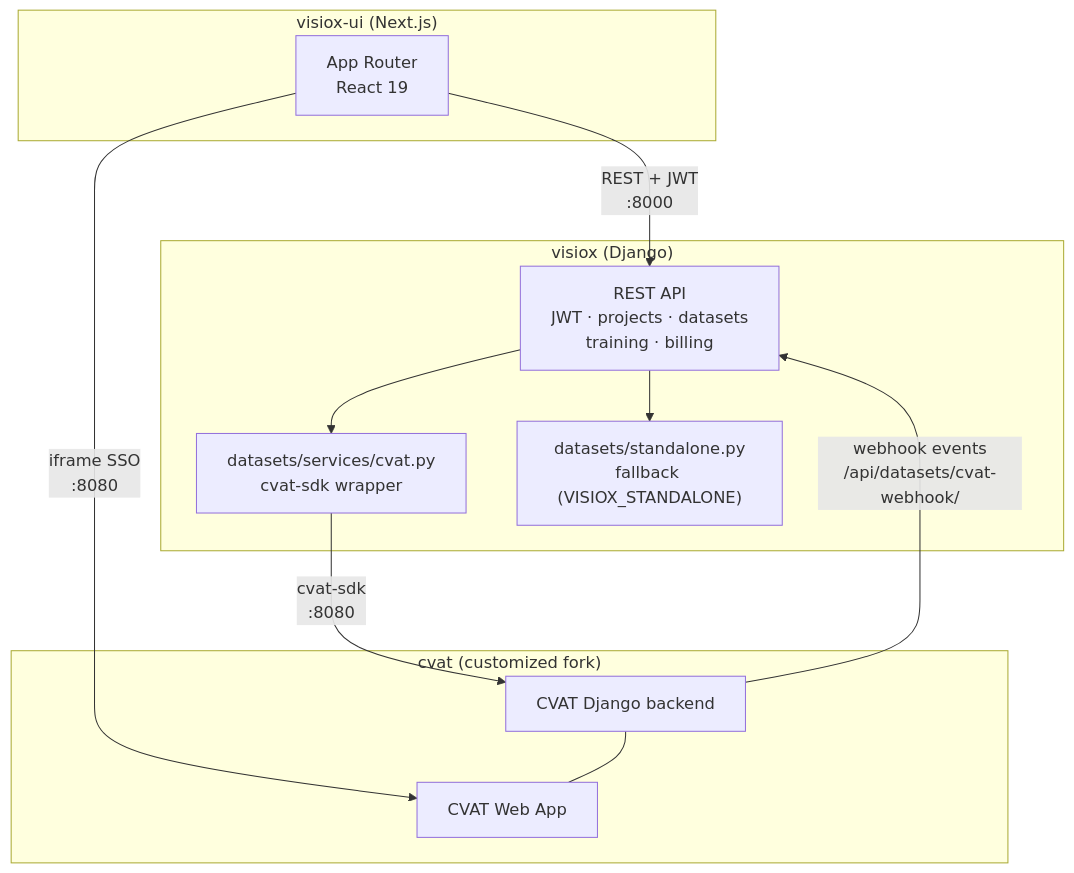
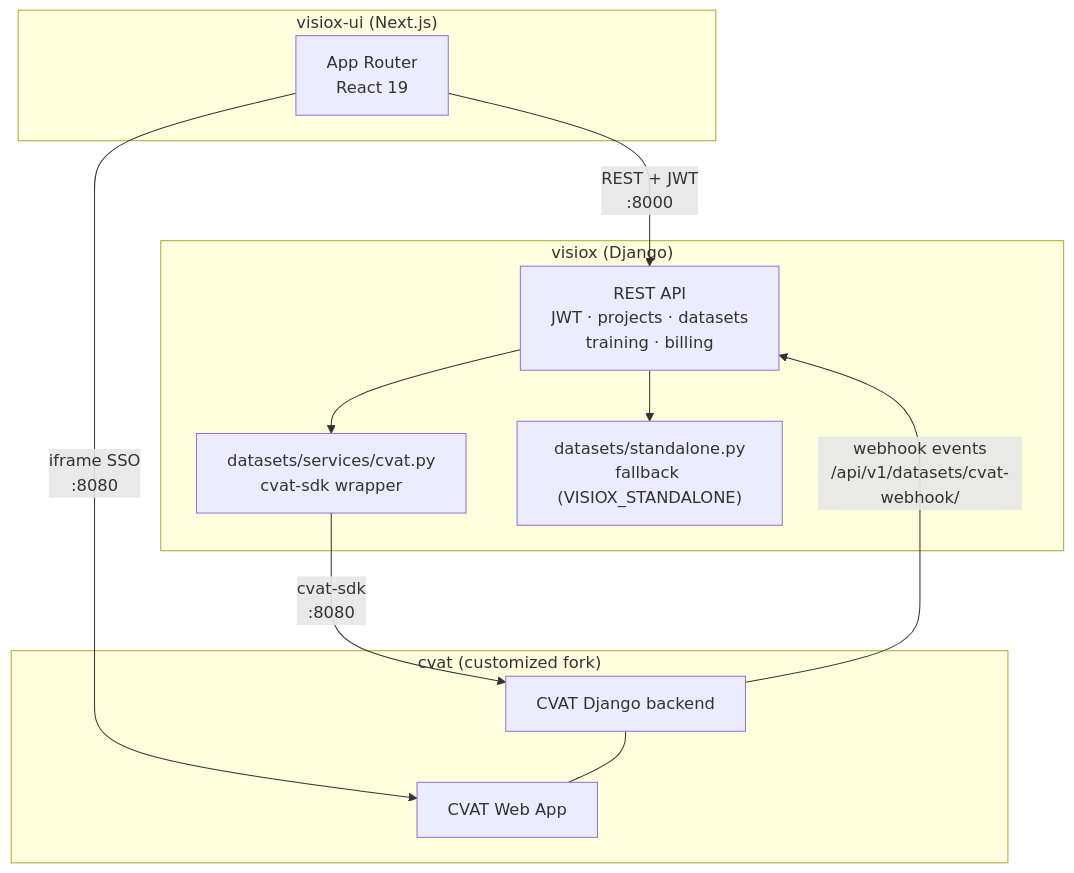
Before and after one commit to the-visiox/visiox: the third of 13 diagrams in docs/ARCHITECTURE_DIAGRAMS.md, drawn with Mermaid. The commit also changed other lines of this file and 16 other files, not shown here.

````diff
--- a/docs/ARCHITECTURE_DIAGRAMS.md
+++ b/docs/ARCHITECTURE_DIAGRAMS.md
@@ -92,25 +120,25 @@
 ```mermaid
 flowchart TB
     subgraph UI["visiox-ui (Next.js)"]
         Frontend["App Router\nReact 19"]
     end
 
     subgraph Backend["visiox (Django)"]
         DjangoAPI["REST API\nJWT · projects · datasets\ntraining · billing"]
         CVATSvc["datasets/services/cvat.py\ncvat-sdk wrapper"]
         Standalone["datasets/standalone.py\nfallback (VISIOX_STANDALONE)"]
     end
 
     subgraph CVATRepo["cvat (customized fork)"]
         CVATWeb["CVAT Web App"]
         CVATBackend["CVAT Django backend"]
     end
 
     Frontend -->|"REST + JWT\n:8000"| DjangoAPI
     DjangoAPI --> CVATSvc
     DjangoAPI --> Standalone
     CVATSvc -->|"cvat-sdk\n:8080"| CVATBackend
-    CVATBackend -->|"webhook events\n/api/datasets/cvat-webhook/"| DjangoAPI
+    CVATBackend -->|"webhook events\n/api/v1/datasets/cvat-webhook/"| DjangoAPI
     Frontend -->|"iframe SSO\n:8080"| CVATWeb
     CVATBackend --- CVATWeb
 ```
````
